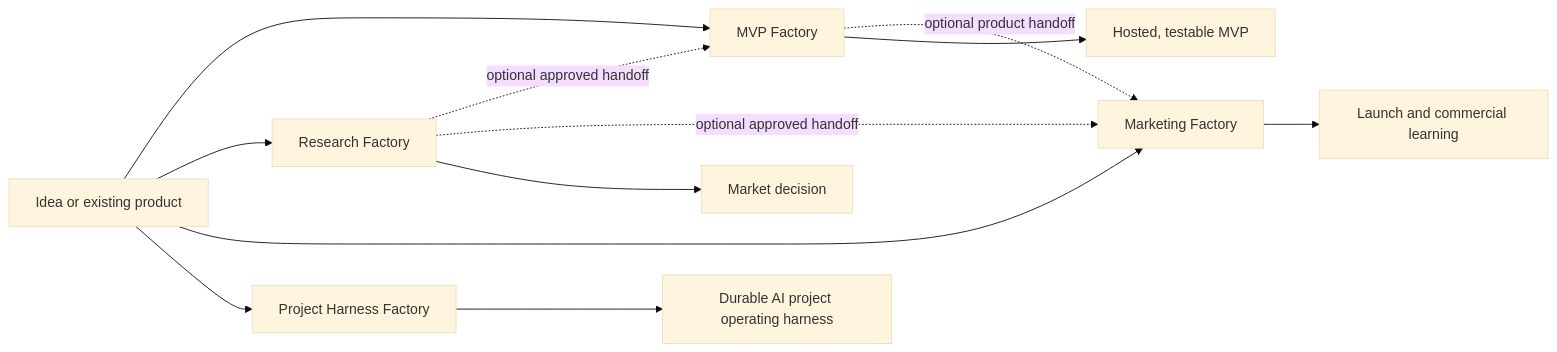
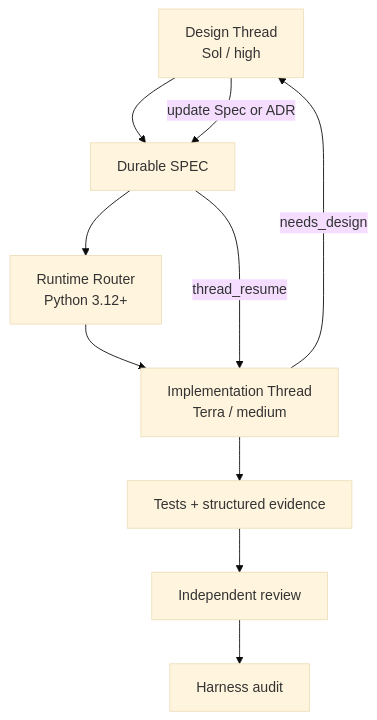
Before and after one commit to viniciusjsdev/karya: the diagram in README.md, drawn with Mermaid (base theme). The commit also changed other lines of this file, not shown here.

Commit message:
Rewrite README to clarify App Factory workflows and usage

````diff
--- a/README.md
+++ b/README.md
@@ -16,18 +109,12 @@
 ```mermaid
-flowchart LR
-    I["Idea or existing product"]
-
-    I --> MVP["MVP Factory"]
-    I --> R["Research Factory"]
-    I --> M["Marketing Factory"]
-    I --> H["Project Harness Factory"]
-
-    R -. "optional approved handoff" .-> MVP
-    R -. "optional approved handoff" .-> M
-    MVP -. "optional product handoff" .-> M
-
-    MVP --> P["Hosted, testable MVP"]
-    R --> D["Market decision"]
-    M --> C["Launch and commercial learning"]
-    H --> O["Durable AI project operating harness"]
+flowchart TD
+    D["Design Thread<br/>Sol / high"] --> S["Durable SPEC"]
+    S --> R["Runtime Router<br/>Python 3.12+"]
+    R --> I["Implementation Thread<br/>Terra / medium"]
+    I -->|needs_design| D
+    D -->|update Spec or ADR| S
+    S -->|thread_resume| I
+    I --> E["Tests + structured evidence"]
+    E --> V["Independent review"]
+    V --> A["Harness audit"]
 ```
````
